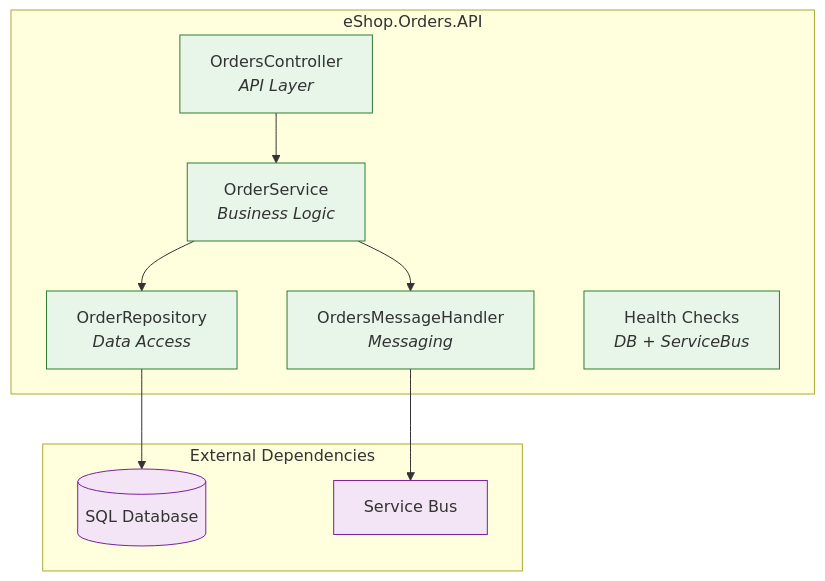
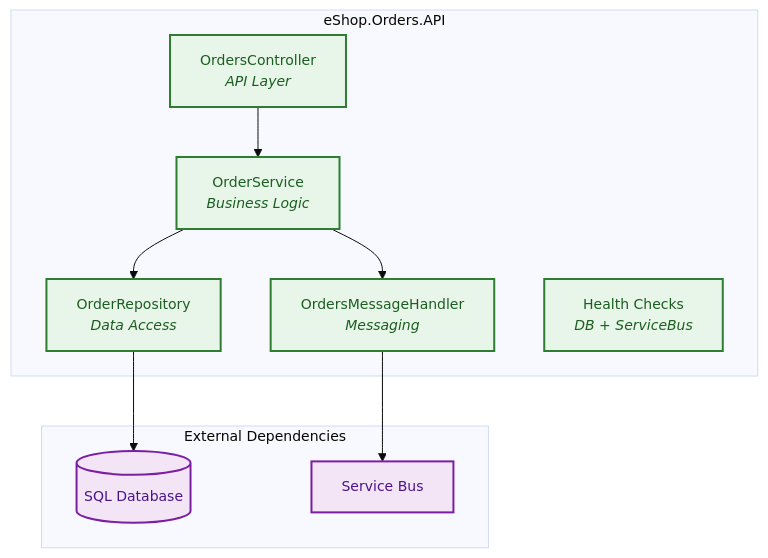
One commit to Evilazaro/Azure-LogicApps-Monitoring changed the second of 5 diagrams in docs/architecture/03-application-architecture.md. Above: the diagram before and after it, drawn with Mermaid. The commit also changed other lines of this file, not shown here.

Commit message:
Enhance application architecture documentation with improved Mermaid diagram styles and accessibility features

````diff
--- a/docs/architecture/03-application-architecture.md
+++ b/docs/architecture/03-application-architecture.md
@@ -141,27 +142,29 @@
 ```mermaid
+%%{init: {'theme': 'base', 'themeVariables': { 'fontSize': '14px'}}}%%
 flowchart TB
     subgraph API["eShop.Orders.API"]
         Controller["OrdersController<br/><i>API Layer</i>"]
         Service["OrderService<br/><i>Business Logic</i>"]
         Repository["OrderRepository<br/><i>Data Access</i>"]
         Handler["OrdersMessageHandler<br/><i>Messaging</i>"]
         HealthChecks["Health Checks<br/><i>DB + ServiceBus</i>"]
     end
 
     subgraph External["External Dependencies"]
         DB[("SQL Database")]
         SB["Service Bus"]
     end
 
     Controller --> Service
     Service --> Repository
     Service --> Handler
     Repository --> DB
     Handler --> SB
 
-    classDef internal fill:#e8f5e9,stroke:#2e7d32
-    classDef external fill:#f3e5f5,stroke:#7b1fa2
+    %% Accessible color palette
+    classDef internal fill:#e8f5e9,stroke:#2e7d32,stroke-width:2px,color:#1b5e20
+    classDef external fill:#f3e5f5,stroke:#7b1fa2,stroke-width:2px,color:#4a148c
 
     class Controller,Service,Repository,Handler,HealthChecks internal
     class DB,SB external
 ```
````
